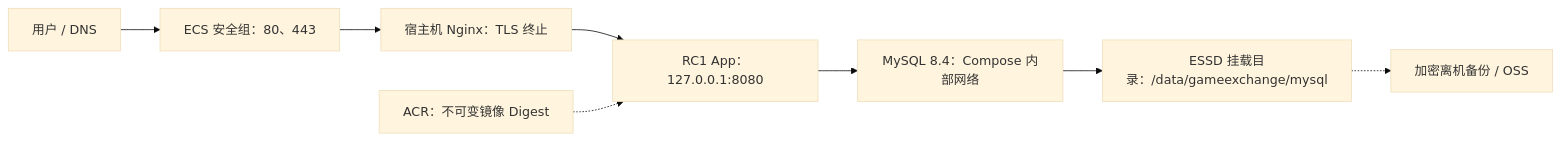
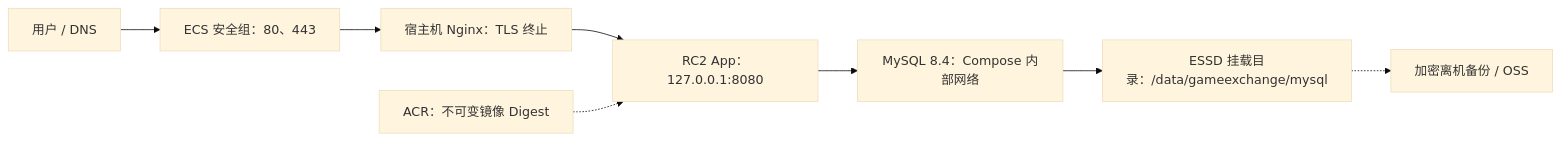
The first of 2 diagrams in docs/deployment/PRODUCTION_ECS.md (qunqunhou/GameExchange), drawn with Mermaid (base theme) before and after one commit. The commit also changed other lines of this file, not shown here.

````diff
--- a/docs/deployment/PRODUCTION_ECS.md
+++ b/docs/deployment/PRODUCTION_ECS.md
@@ -32,10 +63,10 @@
 ```mermaid
 flowchart LR
     user["用户 / DNS"] --> sg["ECS 安全组：80、443"]
     sg --> nginx["宿主机 Nginx：TLS 终止"]
-    nginx --> app["RC1 App：127.0.0.1:8080"]
+    nginx --> app["RC2 App：127.0.0.1:8080"]
     app --> mysql["MySQL 8.4：Compose 内部网络"]
     mysql --> volume["ESSD 挂载目录：/data/gameexchange/mysql"]
     acr["ACR：不可变镜像 Digest"] -.-> app
     volume -.-> backup["加密离机备份 / OSS"]
 ```
````
